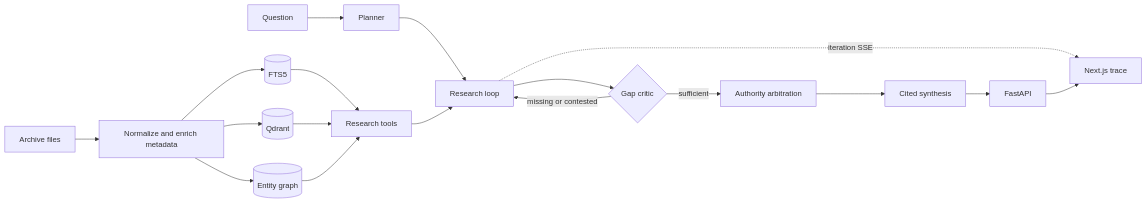
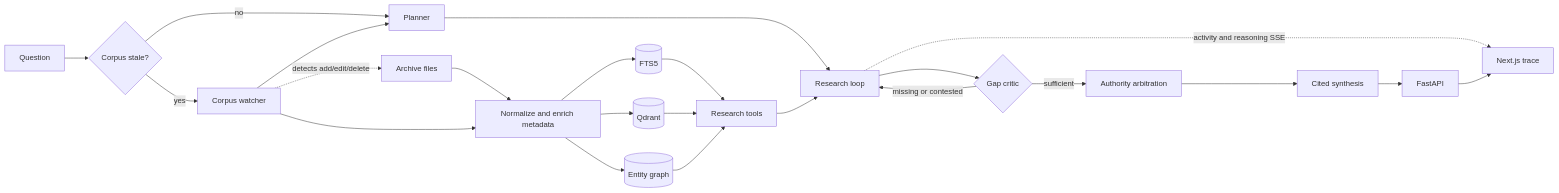
Before and after one commit to BilalR4M/GestaltX: the diagram in docs/diagrams/system.mmd, drawn with Mermaid. The commit also changed 19 other files, not shown here.

First line of the commit message:
docs: architecture diagrams, watcher notes, and reviewed 9 Sep chat log

```diff
--- a/docs/diagrams/system.mmd
+++ b/docs/diagrams/system.mmd
@@ -1,18 +1,23 @@
 flowchart LR
   A[Archive files] --> B[Normalize and enrich metadata]
+  W[Corpus watcher] -. detects add/edit/delete .-> A
+  W --> B
   B --> C[(FTS5)]
   B --> D[(Qdrant)]
   B --> E[(Entity graph)]
-  Q[Question] --> P[Planner]
+  Q[Question] --> RF{Corpus stale?}
+  RF -->|yes| W
+  RF -->|no| P[Planner]
+  W --> P
   P --> L[Research loop]
   C --> T[Research tools]
   D --> T
   E --> T
   T --> L
   L --> G{Gap critic}
   G -->|missing or contested| L
   G -->|sufficient| R[Authority arbitration]
   R --> S[Cited synthesis]
-  L -. iteration SSE .-> U[Next.js trace]
+  L -. activity and reasoning SSE .-> U[Next.js trace]
   S --> API[FastAPI]
   API --> U
```
